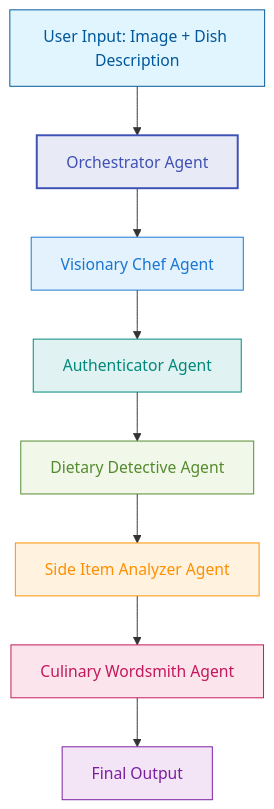
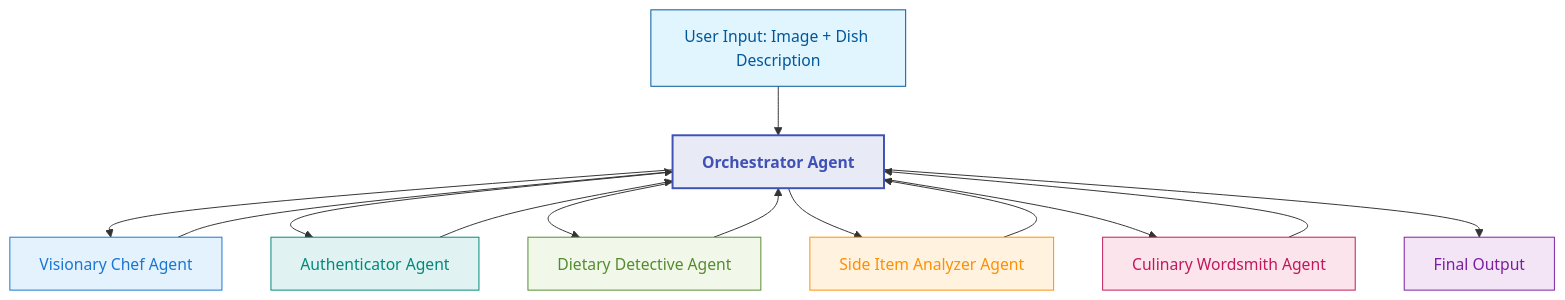
One commit to doitintl/nccg-demo changed the diagram in README.md. Above: the diagram before and after it, drawn with Mermaid.

Commit message:
fixed orch agent

````diff
--- a/README.md
+++ b/README.md
@@ -13,19 +13,30 @@
 ```mermaid
 graph TD
     A[User Input: Image + Dish Description] --> B[Orchestrator Agent]
+    
     B --> C[Visionary Chef Agent]
-    C --> D[Authenticator Agent]
-    D --> E[Dietary Detective Agent]
-    E --> F[Side Item Analyzer Agent]
-    F --> G[Culinary Wordsmith Agent]
-    G --> H[Final Output]
+    C --> B
+    
+    B --> D[Authenticator Agent]
+    D --> B
+    
+    B --> E[Dietary Detective Agent]
+    E --> B
+    
+    B --> F[Side Item Analyzer Agent]
+    F --> B
+    
+    B --> G[Culinary Wordsmith Agent]
+    G --> B
+    
+    B --> H[Final Output]
     
     style A fill:#e1f5fe,stroke:#01579b,stroke-width:1px,color:#01579b
-    style B fill:#e8eaf6,stroke:#3f51b5,stroke-width:2px,color:#3f51b5
+    style B fill:#e8eaf6,stroke:#3f51b5,stroke-width:2px,color:#3f51b5,font-weight:bold
     style C fill:#e3f2fd,stroke:#1976d2,stroke-width:1px,color:#1976d2
     style D fill:#e0f2f1,stroke:#00897b,stroke-width:1px,color:#00897b
     style E fill:#f1f8e9,stroke:#558b2f,stroke-width:1px,color:#558b2f
     style F fill:#fff3e0,stroke:#ff8f00,stroke-width:1px,color:#ff8f00
     style G fill:#fce4ec,stroke:#c2185b,stroke-width:1px,color:#c2185b
     style H fill:#f3e5f5,stroke:#7b1fa2,stroke-width:1px,color:#7b1fa2
 ```
````
